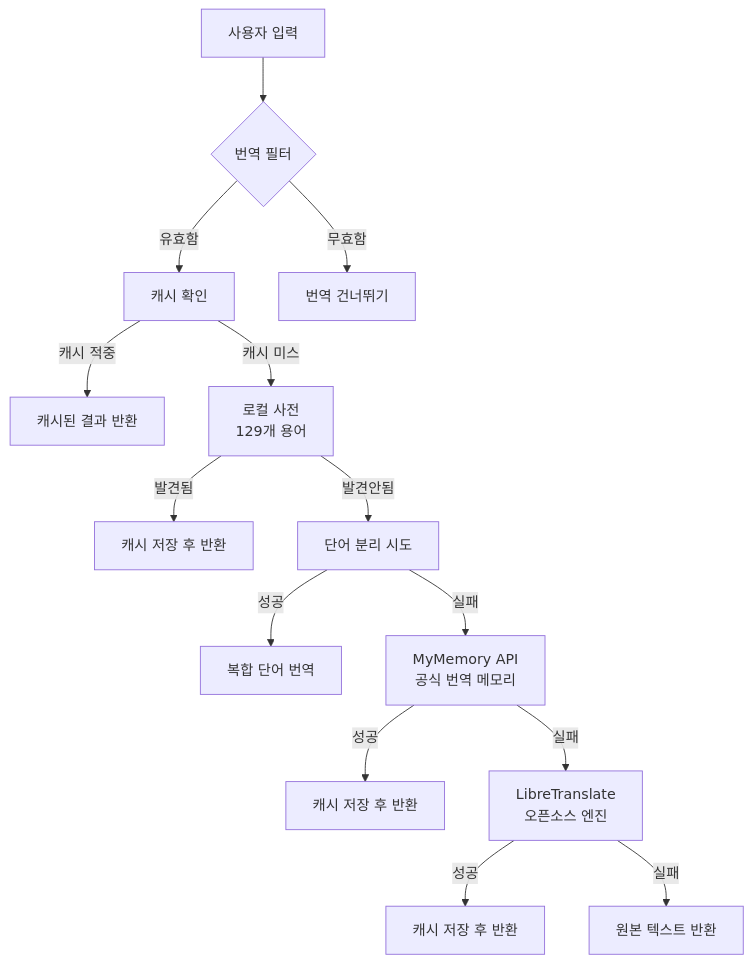
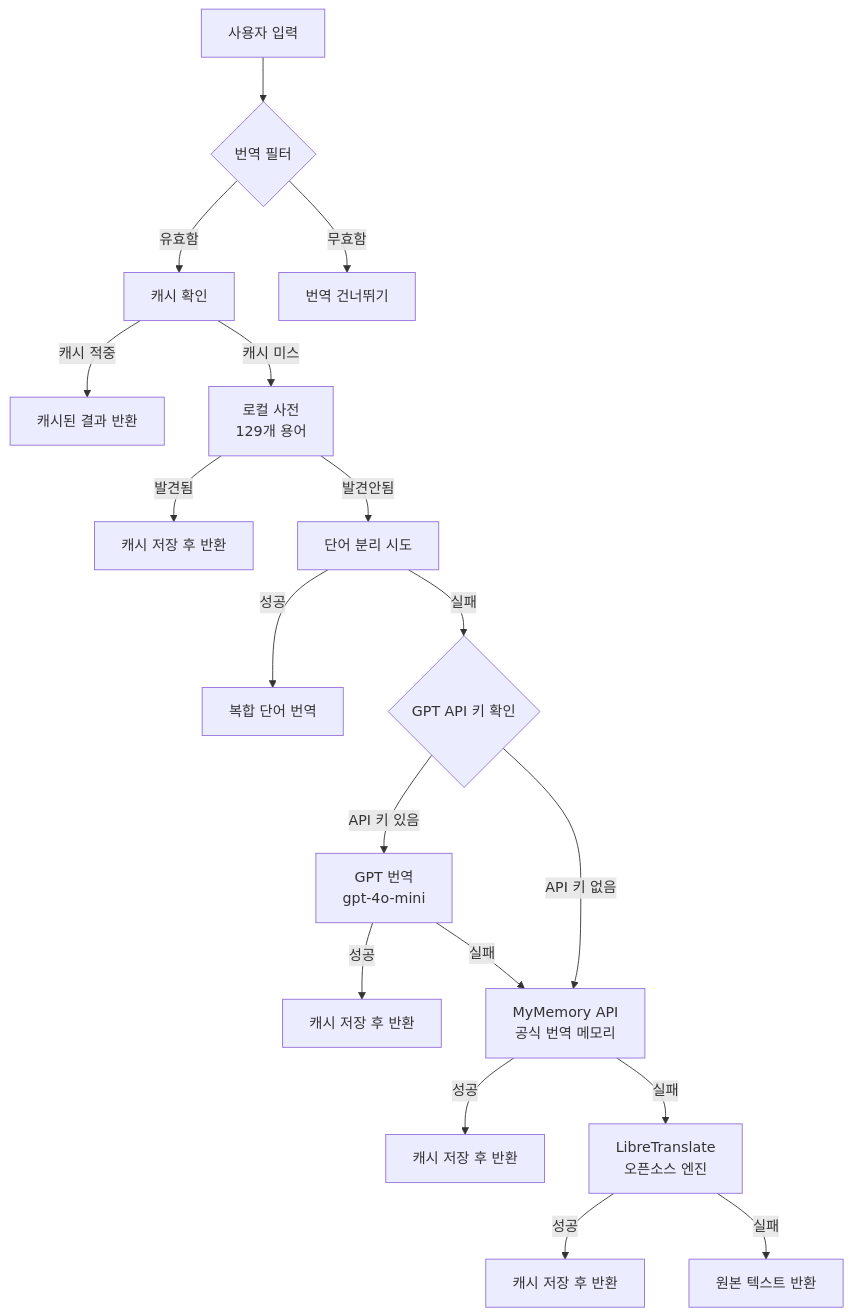
Before and after one commit to Higangssh/korean-translator: the diagram in README.md, drawn with Mermaid. The commit also changed other lines of this file and 15 other files, not shown here.

````diff
--- a/README.md
+++ b/README.md
@@ -26,16 +46,20 @@
 ```mermaid
 graph TD
     A[사용자 입력] --> B{번역 필터}
     B -->|유효함| C[캐시 확인]
     B -->|무효함| D[번역 건너뛰기]
     C -->|캐시 적중| E[캐시된 결과 반환]
     C -->|캐시 미스| F[로컬 사전<br/>129개 용어]
     F -->|발견됨| G[캐시 저장 후 반환]
     F -->|발견안됨| H[단어 분리 시도]
     H -->|성공| I[복합 단어 번역]
-    H -->|실패| J[MyMemory API<br/>공식 번역 메모리]
-    J -->|성공| K[캐시 저장 후 반환]
-    J -->|실패| L[LibreTranslate<br/>오픈소스 엔진]
-    L -->|성공| M[캐시 저장 후 반환]
-    L -->|실패| N[원본 텍스트 반환]
+    H -->|실패| J{GPT API 키 확인}
+    J -->|API 키 있음| K[GPT 번역<br/>gpt-4o-mini]
+    K -->|성공| L[캐시 저장 후 반환]
+    K -->|실패| M[MyMemory API<br/>공식 번역 메모리]
+    J -->|API 키 없음| M[MyMemory API<br/>공식 번역 메모리]
+    M -->|성공| N[캐시 저장 후 반환]
+    M -->|실패| O[LibreTranslate<br/>오픈소스 엔진]
+    O -->|성공| P[캐시 저장 후 반환]
+    O -->|실패| Q[원본 텍스트 반환]
 ```
````
